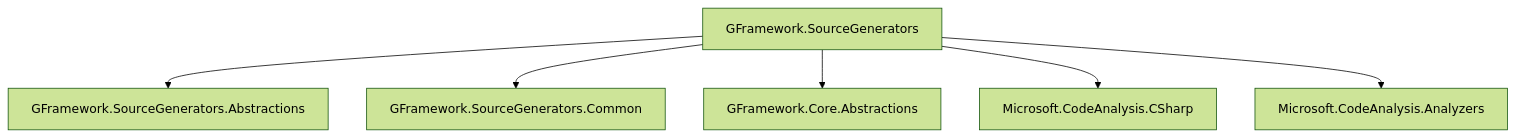
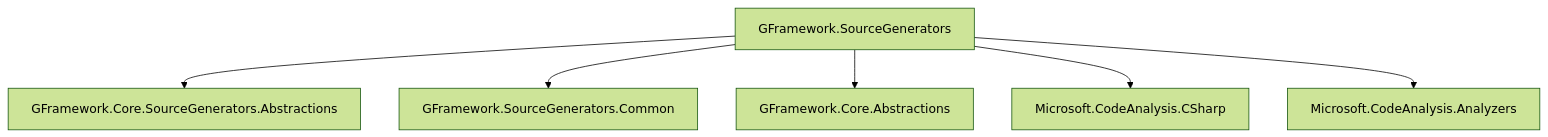
Before and after one commit to GeWuYou/GFramework: the diagram in docs/zh-CN/source-generators/index.md, drawn with Mermaid (forest theme). The commit also changed other lines of this file and 1 other file, not shown here.

First line of the commit message:
docs(source-generators): 添加源代码生成器文档和抽象包项目

````diff
--- a/docs/zh-CN/source-generators/index.md
+++ b/docs/zh-CN/source-generators/index.md
@@ -1236,8 +1236,8 @@
 ```mermaid
 graph TD
-    A[GFramework.SourceGenerators] --> B[GFramework.SourceGenerators.Abstractions]
+    A[GFramework.SourceGenerators] --> B[GFramework.Core.SourceGenerators.Abstractions]
     A --> C[GFramework.SourceGenerators.Common]
     A --> D[GFramework.Core.Abstractions]
     A --> E[Microsoft.CodeAnalysis.CSharp]
     A --> F[Microsoft.CodeAnalysis.Analyzers]
 ```
````
